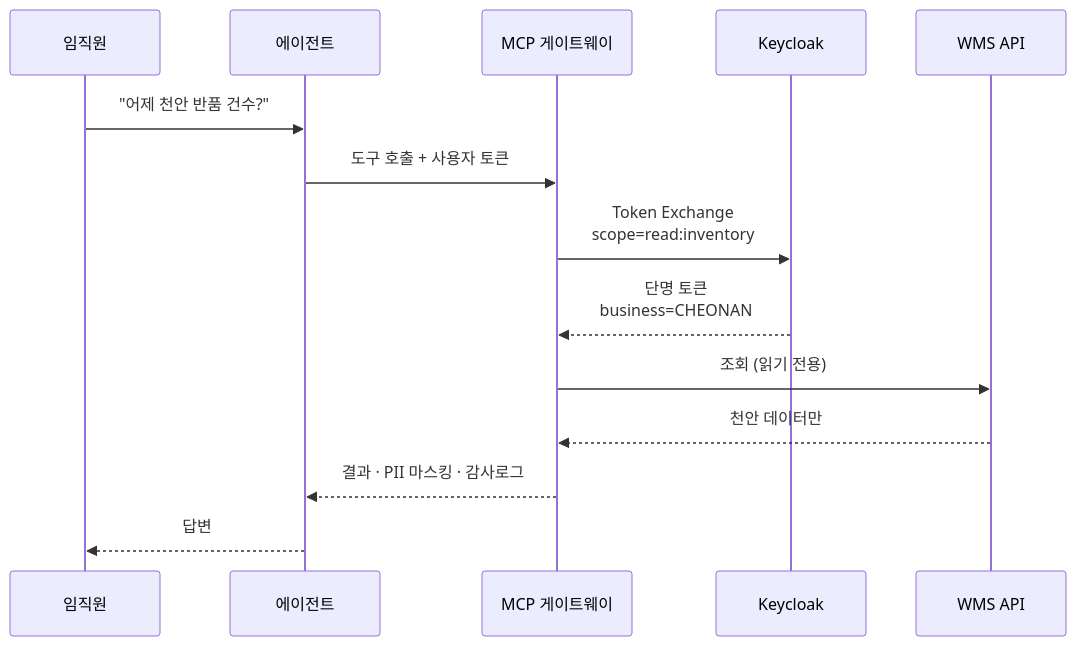
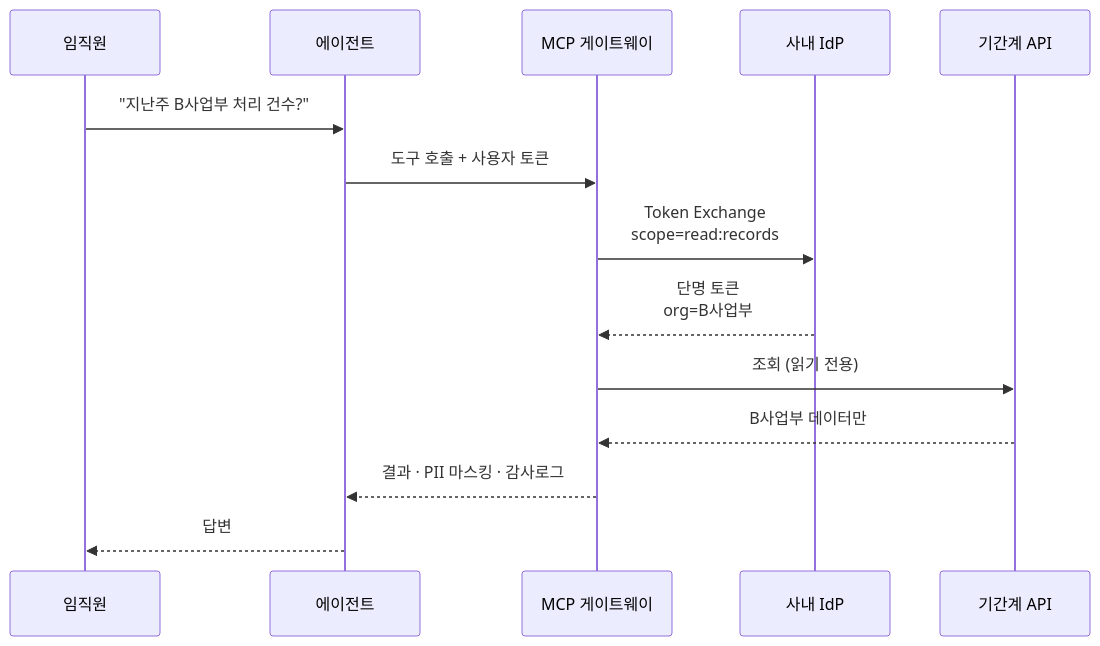
Before and after one commit to cyrano2011/pma-web: the diagram in agent-platform/deck/diagrams/s_seq.mmd, drawn with Mermaid. The commit also changed 12 other files, not shown here.

```diff
--- a/agent-platform/deck/diagrams/s_seq.mmd
+++ b/agent-platform/deck/diagrams/s_seq.mmd
@@ -1,15 +1,15 @@
 sequenceDiagram
     participant U as 임직원
     participant A as 에이전트
     participant GW as MCP 게이트웨이
-    participant KC as Keycloak
-    participant API as WMS API
+    participant KC as 사내 IdP
+    participant API as 기간계 API
 
-    U->>A: "어제 천안 반품 건수?"
+    U->>A: "지난주 B사업부 처리 건수?"
     A->>GW: 도구 호출 + 사용자 토큰
-    GW->>KC: Token Exchange<br/>scope=read:inventory
-    KC-->>GW: 단명 토큰<br/>business=CHEONAN
+    GW->>KC: Token Exchange<br/>scope=read:records
+    KC-->>GW: 단명 토큰<br/>org=B사업부
     GW->>API: 조회 (읽기 전용)
-    API-->>GW: 천안 데이터만
+    API-->>GW: B사업부 데이터만
     GW-->>A: 결과 · PII 마스킹 · 감사로그
     A-->>U: 답변
```
